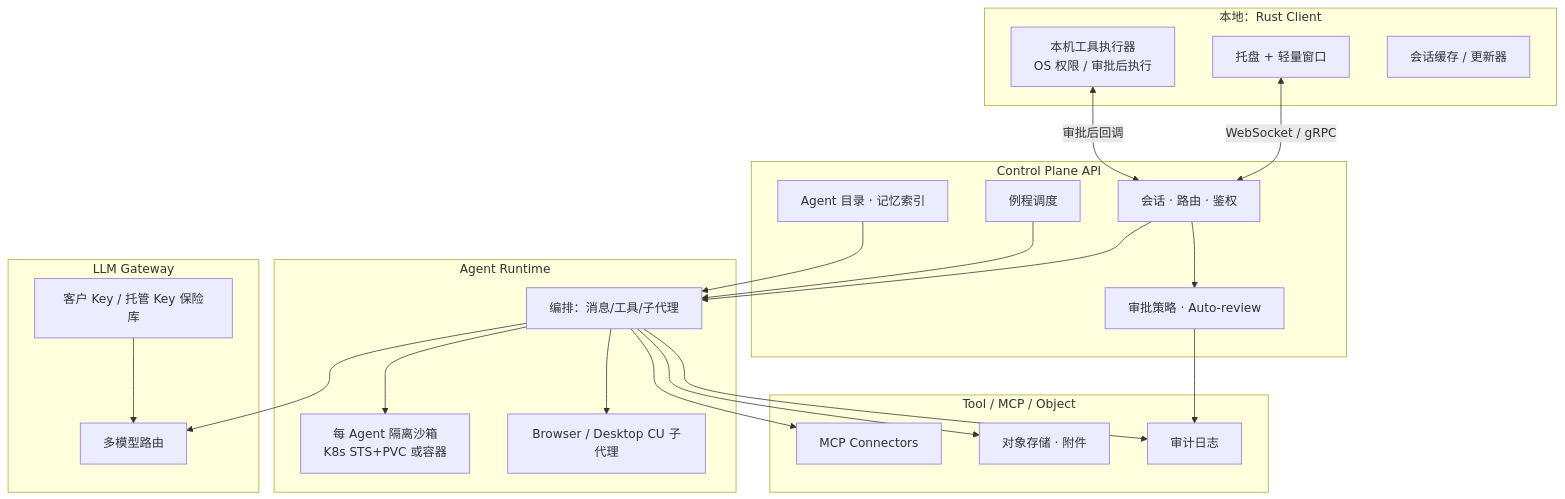
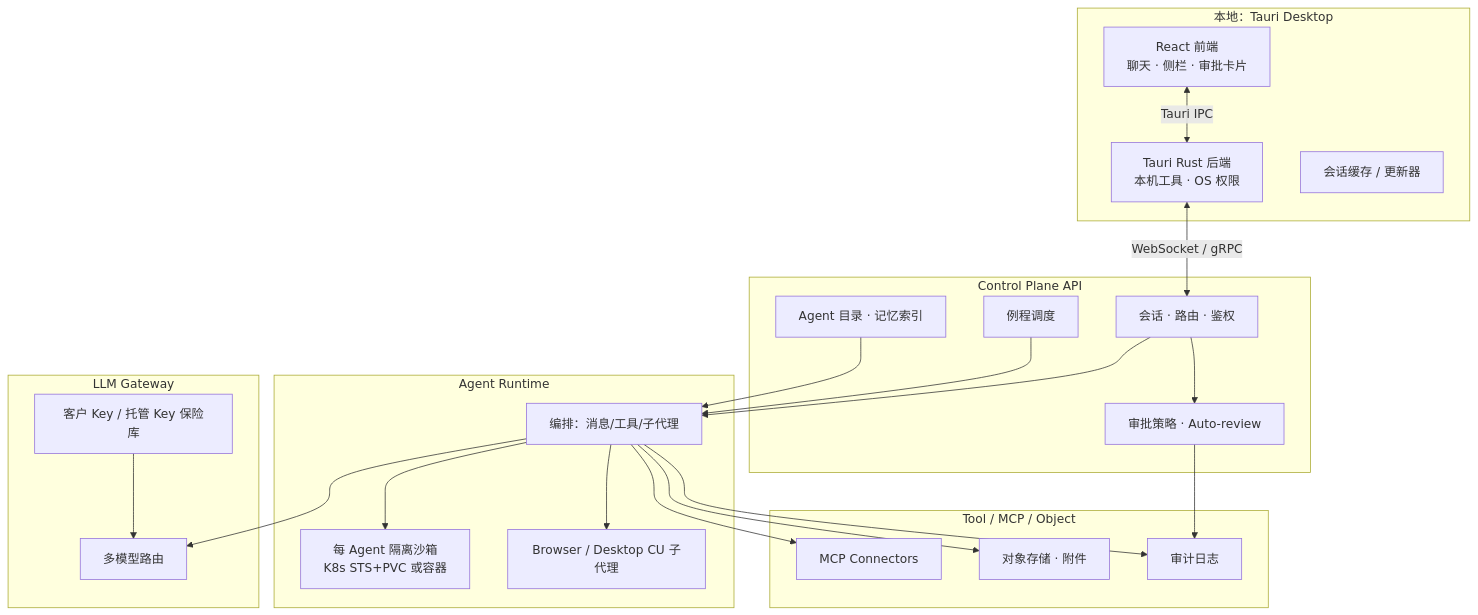
One commit to qianliang-lq/openstaff changed the first of 2 diagrams in docs/architecture.md. Above: the diagram before and after it, drawn with Mermaid. The commit also changed other lines of this file and 40 other files, not shown here.

First line of the commit message:
refactor: migrate to Tauri + React architecture with full monorepo structure

````diff
--- a/docs/architecture.md
+++ b/docs/architecture.md
@@ -19,47 +19,47 @@
 ```mermaid
 flowchart TB
-  subgraph Local["本地：Rust Client"]
-    Tray["托盘 + 轻量窗口"]
-    LocalTools["本机工具执行器<br/>OS 权限 / 审批后执行"]
+  subgraph Local["本地：Tauri Desktop"]
+    ReactUI["React 前端<br/>聊天 · 侧栏 · 审批卡片"]
+    TauriBackend["Tauri Rust 后端<br/>本机工具 · OS 权限"]
     LocalCache["会话缓存 / 更新器"]
   end
 
   subgraph CP["Control Plane API"]
     GatewayAPI["会话 · 路由 · 鉴权"]
     Policy["审批策略 · Auto-review"]
     Scheduler["例程调度"]
     Directory["Agent 目录 · 记忆索引"]
   end
 
   subgraph Runtime["Agent Runtime"]
     Orchestrator["编排：消息/工具/子代理"]
     Sandbox["每 Agent 隔离沙箱<br/>K8s STS+PVC 或容器"]
     Subagents["Browser / Desktop CU 子代理"]
   end
 
   subgraph LLM["LLM Gateway"]
     Routers["多模型路由"]
     Keys["客户 Key / 托管 Key 保险库"]
   end
 
   subgraph Tools["Tool / MCP / Object"]
     MCP["MCP Connectors"]
     Obj["对象存储 · 附件"]
     Audit["审计日志"]
   end
 
-  Tray <-->|WebSocket / gRPC| GatewayAPI
-  LocalTools <-->|审批后回调| GatewayAPI
+  ReactUI <-->|Tauri IPC| TauriBackend
+  TauriBackend <-->|WebSocket / gRPC| GatewayAPI
   GatewayAPI --> Orchestrator
   GatewayAPI --> Policy
   Scheduler --> Orchestrator
   Orchestrator --> Sandbox
   Orchestrator --> Subagents
   Orchestrator --> Routers
   Orchestrator --> MCP
   Orchestrator --> Obj
   Policy --> Audit
   Orchestrator --> Audit
   Directory --> Orchestrator
   Keys --> Routers
 ```
````
